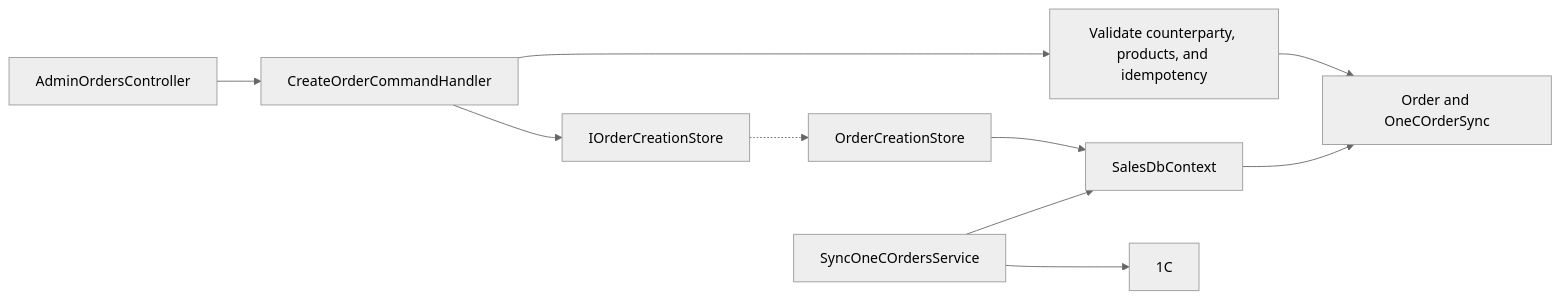
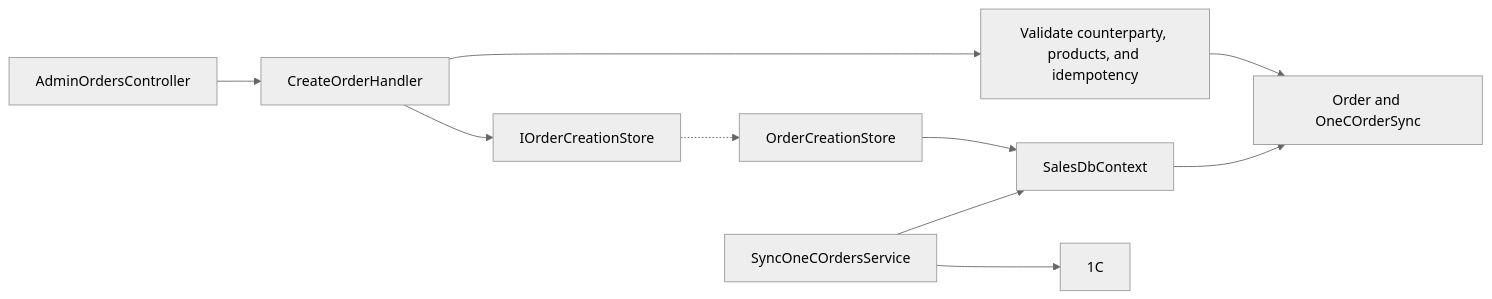
One commit to Weretik/KedrStore changed the diagram in docs/sdd/features/sales/admin-orders.md. Above: the diagram before and after it, drawn with Mermaid (neutral theme). The commit also changed other lines of this file and 533 other files, not shown here.

````diff
--- a/docs/sdd/features/sales/admin-orders.md
+++ b/docs/sdd/features/sales/admin-orders.md
@@ -37,12 +37,12 @@
 ```mermaid
 flowchart LR
-    A["AdminOrdersController"] --> B["CreateOrderCommandHandler"]
+    A["AdminOrdersController"] --> B["CreateOrderHandler"]
     B --> C["Validate counterparty, products, and idempotency"]
     C --> D["Order and OneCOrderSync"]
     B --> E["IOrderCreationStore"]
     E -.-> F["OrderCreationStore"]
     F --> G["SalesDbContext"]
     G --> D
     H["SyncOneCOrdersService"] --> G
     H --> I["1C"]
 ```
````
